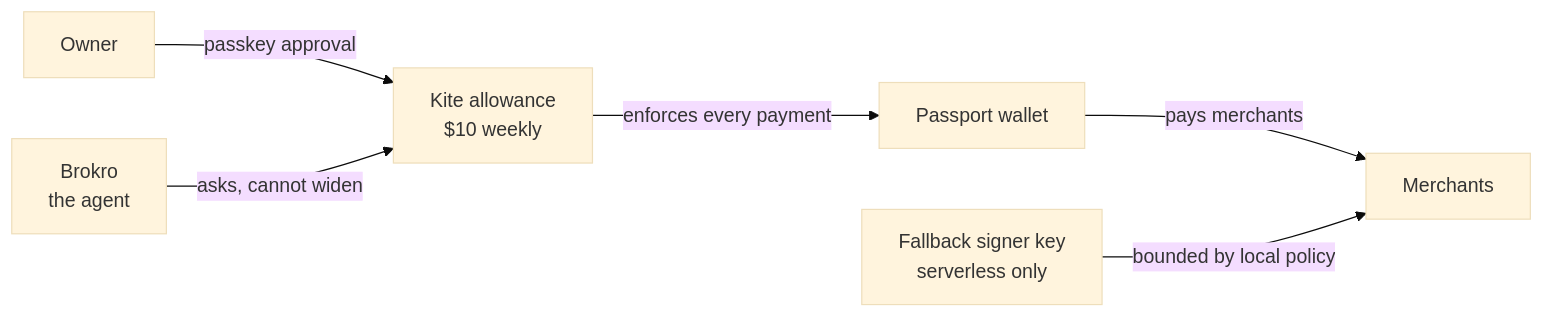
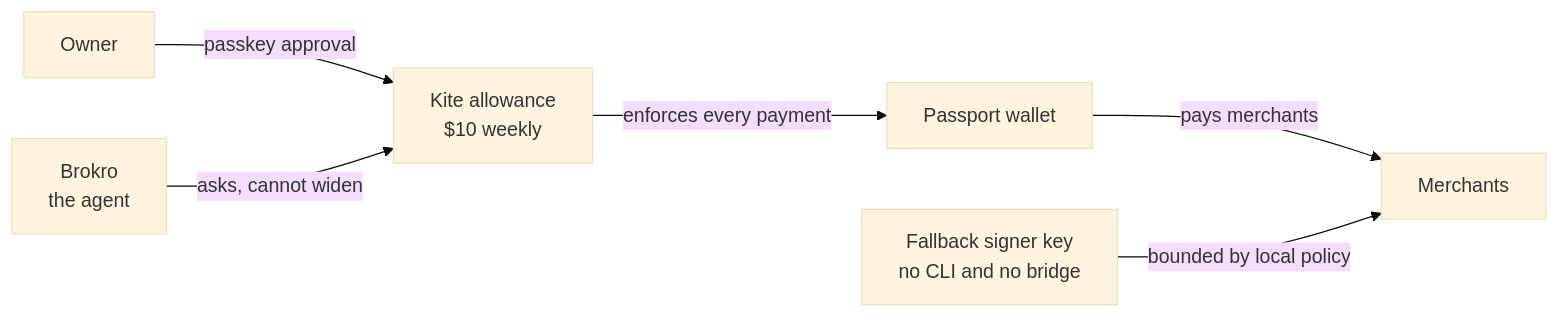
The second of 2 diagrams in README.md (mrnetwork0001/Brokro), drawn with Mermaid (base theme) before and after one commit. The commit also changed other lines of this file, not shown here.

First line of the commit message:
docs: correct the README now the bridge changed the answer

````diff
--- a/README.md
+++ b/README.md
@@ -111,8 +111,8 @@
 ```mermaid
 flowchart LR
   OWNER["Owner"] -- "passkey approval" --> ALLOW["Kite allowance<br/>$10 weekly"]
   ALLOW -- "enforces every payment" --> PP["Passport wallet"]
   PP -- "pays merchants" --> M["Merchants"]
   BROKRO["Brokro<br/>the agent"] -- "asks, cannot widen" --> ALLOW
-  SIGNER["Fallback signer key<br/>serverless only"] -- "bounded by local policy" --> M
+  SIGNER["Fallback signer key<br/>no CLI and no bridge"] -- "bounded by local policy" --> M
 ```
````
